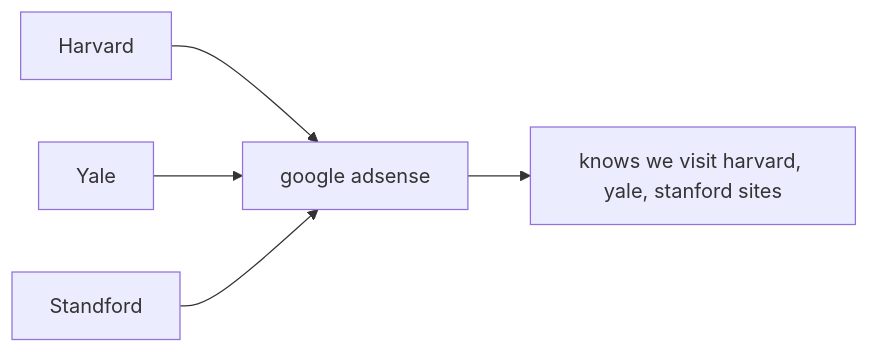
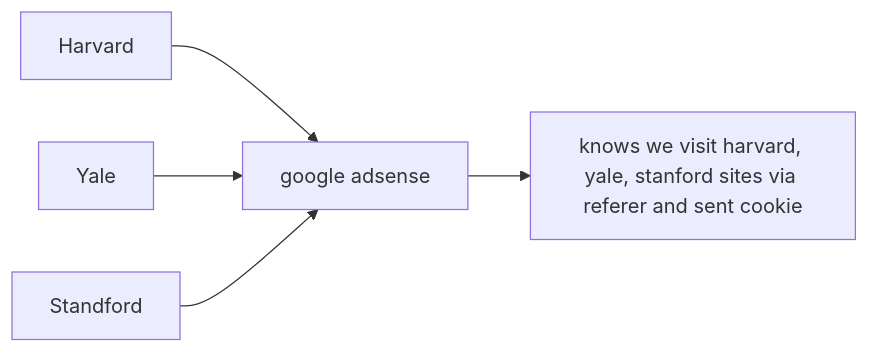
The sixth of 6 diagrams in CyberSecurity CS50.md (namaewafaisal/Obsidian_Vault), drawn with Mermaid before and after one commit.

Commit message:
vault backup: 2026-04-05 18:21:18

````diff
--- a/CyberSecurity CS50.md
+++ b/CyberSecurity CS50.md
@@ -1272,7 +1272,7 @@
 ```mermaid
 graph LR
 Harvard --> A[google adsense]
 Yale --> A
 Standford --> A
-A --> _[knows we visit harvard, yale, stanford sites]
+A --> _[knows we visit harvard, yale, stanford sites via referer and sent cookie]
 ```
````
